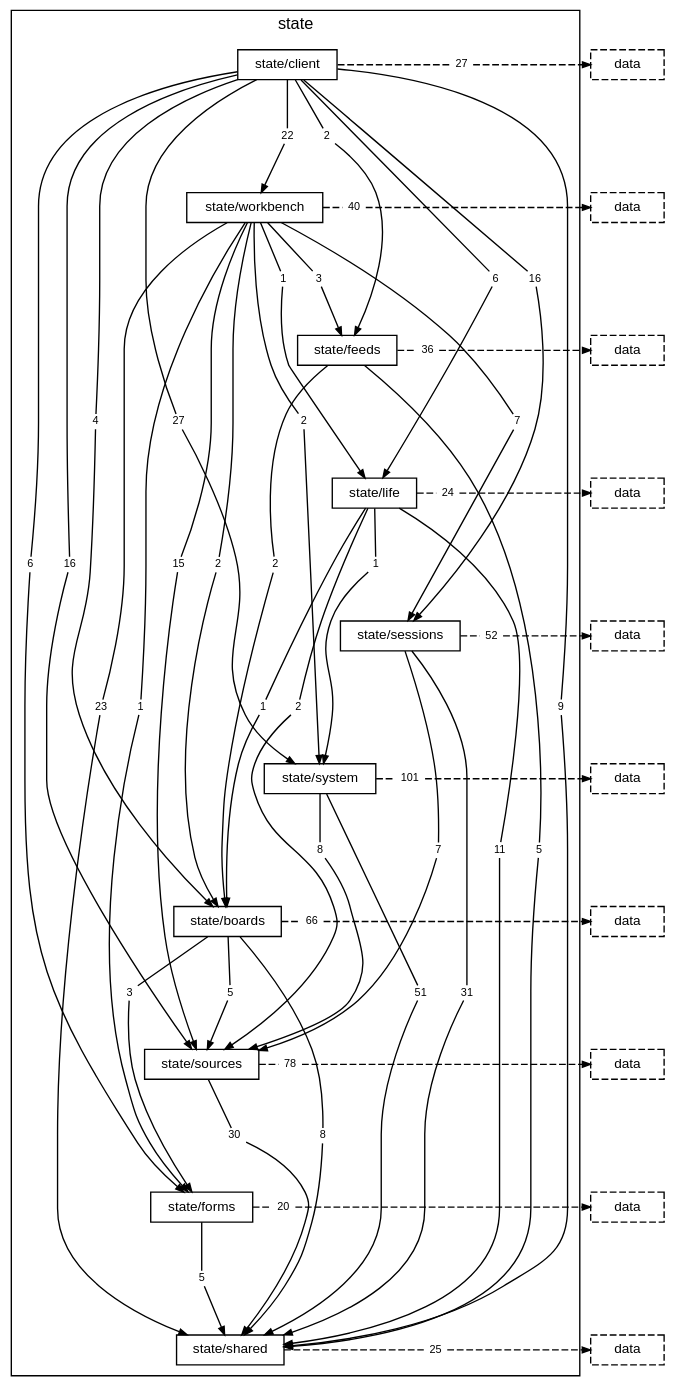
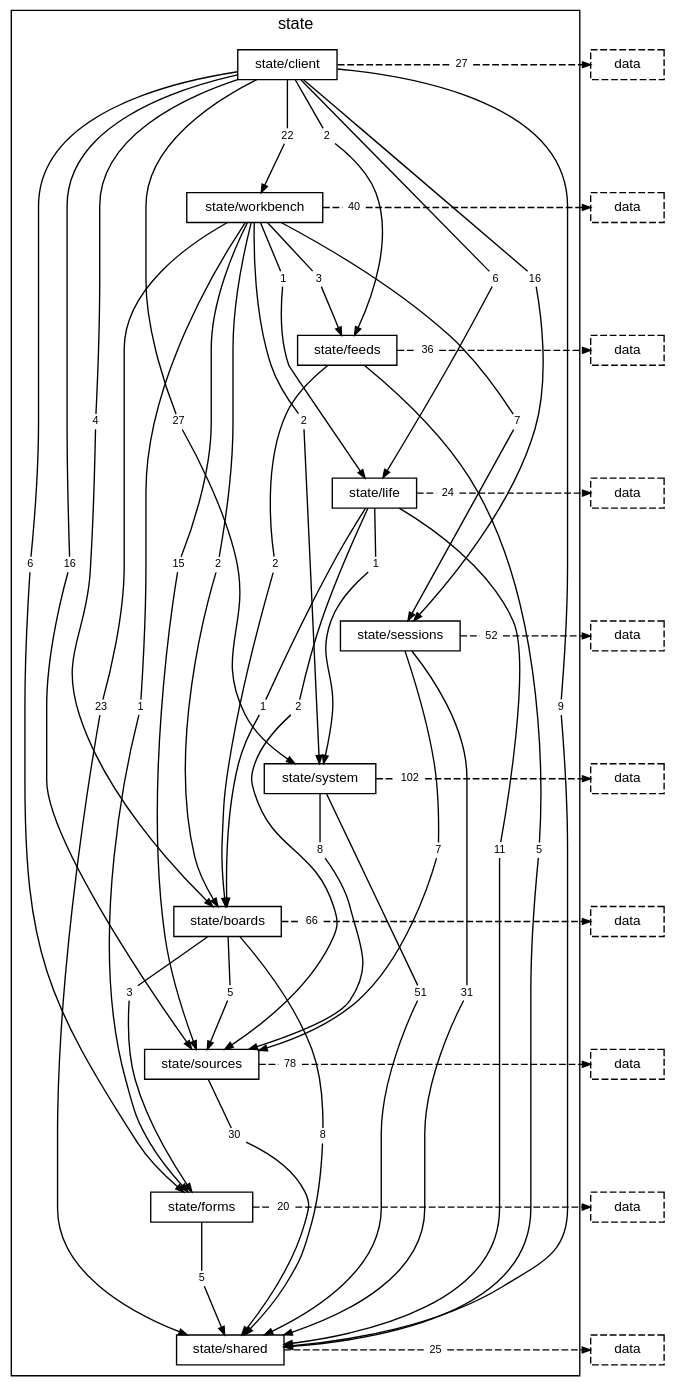
The diagram in docs/diagrams/layer-state.dot (TheAxeC/oculus), drawn with Graphviz before and after one commit. The commit also changed 76 other files, not shown here.

```diff
--- a/docs/diagrams/layer-state.dot
+++ b/docs/diagrams/layer-state.dot
@@ -46,7 +46,7 @@
         "folder state/sessions to layer data" [label="52", shape=box, color="transparent", fontsize=8, width=0, height=0, margin="0.04,0.02"];
         "folder state/system to folder state/shared" [label="51", shape=box, color="transparent", fontsize=8, width=0, height=0, margin="0.04,0.02"];
         "folder state/system to folder state/sources" [label="8", shape=box, color="transparent", fontsize=8, width=0, height=0, margin="0.04,0.02"];
-        "folder state/system to layer data" [label="101", shape=box, color="transparent", fontsize=8, width=0, height=0, margin="0.04,0.02"];
+        "folder state/system to layer data" [label="102", shape=box, color="transparent", fontsize=8, width=0, height=0, margin="0.04,0.02"];
         "folder state/boards to folder state/forms" [label="3", shape=box, color="transparent", fontsize=8, width=0, height=0, margin="0.04,0.02"];
         "folder state/boards to folder state/shared" [label="8", shape=box, color="transparent", fontsize=8, width=0, height=0, margin="0.04,0.02"];
         "folder state/boards to folder state/sources" [label="5", shape=box, color="transparent", fontsize=8, width=0, height=0, margin="0.04,0.02"];
```
